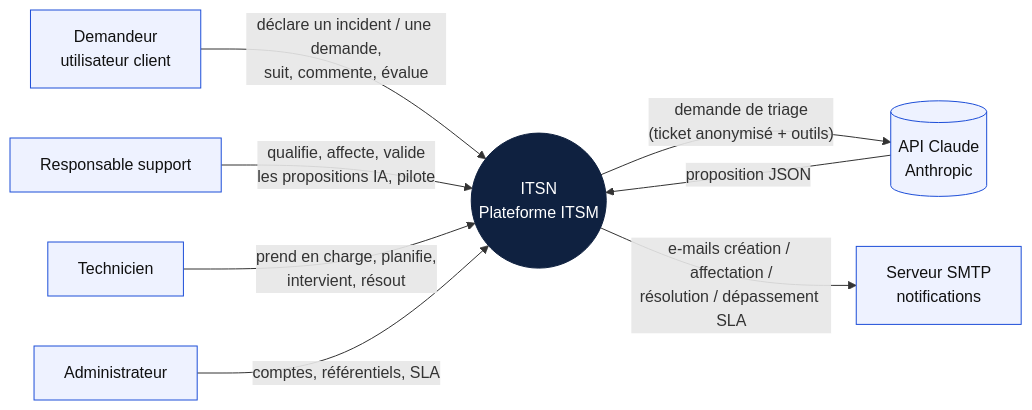
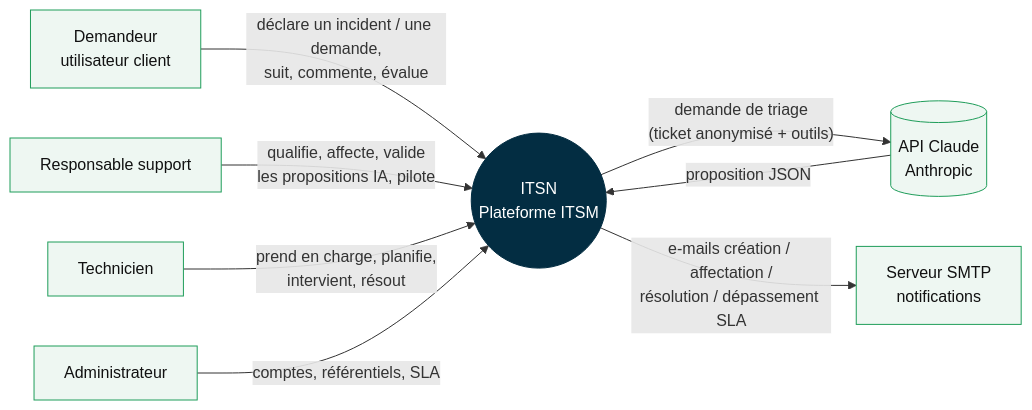
Before and after one commit to domoufan/itsn: the diagram in docs/diagrams/01-contexte.mmd, drawn with Mermaid. The commit also changed 23 other files, not shown here.

First line of the commit message:
docs(mémoire): charte graphique ITSN appliquée au document et aux diagrammes ; remerciements (parcours Génie logiciel)

```diff
--- a/docs/diagrams/01-contexte.mmd
+++ b/docs/diagrams/01-contexte.mmd
@@ -1,17 +1,17 @@
 flowchart LR
-    classDef ext fill:#eef2ff,stroke:#1d4ed8,color:#111
-    classDef sys fill:#0f2140,stroke:#0f2140,color:#fff
+    classDef ext fill:#EEF7F2,stroke:#1F9D5A,color:#111
+    classDef sys fill:#032D42,stroke:#032D42,color:#fff
     D[Demandeur<br/>utilisateur client]:::ext
     M[Responsable support]:::ext
     T[Technicien]:::ext
     A[Administrateur]:::ext
     S((ITSN<br/>Plateforme ITSM)):::sys
     IA[(API Claude<br/>Anthropic)]:::ext
     MAIL[Serveur SMTP<br/>notifications]:::ext
     D -- "déclare un incident / une demande,<br/>suit, commente, évalue" --> S
     M -- "qualifie, affecte, valide<br/>les propositions IA, pilote" --> S
     T -- "prend en charge, planifie,<br/>intervient, résout" --> S
     A -- "comptes, référentiels, SLA" --> S
     S -- "demande de triage<br/>(ticket anonymisé + outils)" --> IA
     IA -- "proposition JSON" --> S
     S -- "e-mails création / affectation /<br/>résolution / dépassement SLA" --> MAIL
```
